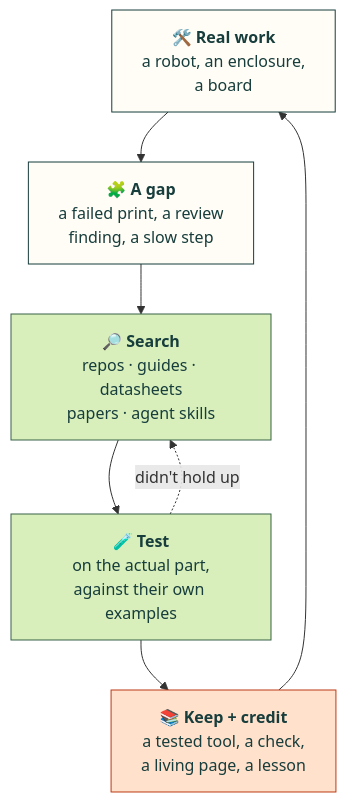
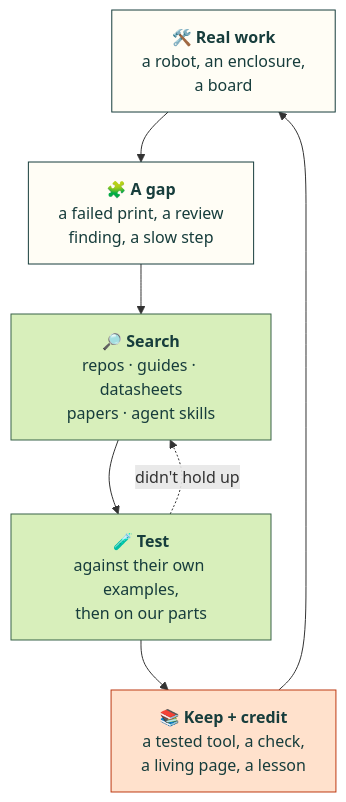
One commit to Valpatel/cad-agent changed the first of 3 diagrams in README.md. Above: the diagram before and after it, drawn with Mermaid. The commit also changed other lines of this file, not shown here.

````diff
--- a/README.md
+++ b/README.md
@@ -29,16 +31,16 @@
 ```mermaid
 flowchart TD
     W["🛠️ <b>Real work</b><br/>a robot, an enclosure,<br/>a board"]
     G["🧩 <b>A gap</b><br/>a failed print, a review<br/>finding, a slow step"]
     S["🔎 <b>Search</b><br/>repos · guides · datasheets<br/>papers · agent skills"]
-    T["🧪 <b>Test</b><br/>on the actual part,<br/>against their own examples"]
+    T["🧪 <b>Test</b><br/>against their own examples,<br/>then on our parts"]
     K["📚 <b>Keep + credit</b><br/>a tested tool, a check,<br/>a living page, a lesson"]
     W --> G --> S --> T --> K --> W
     T -. "didn't hold up" .-> S
     classDef work fill:#fffdf5,stroke:#173d3c,color:#173d3c
     classDef find fill:#d8efbb,stroke:#386248,color:#173d3c
     classDef keep fill:#ffe1cc,stroke:#bd3a12,color:#173d3c
     class W,G work
     class S,T find
     class K keep
 ```
````
